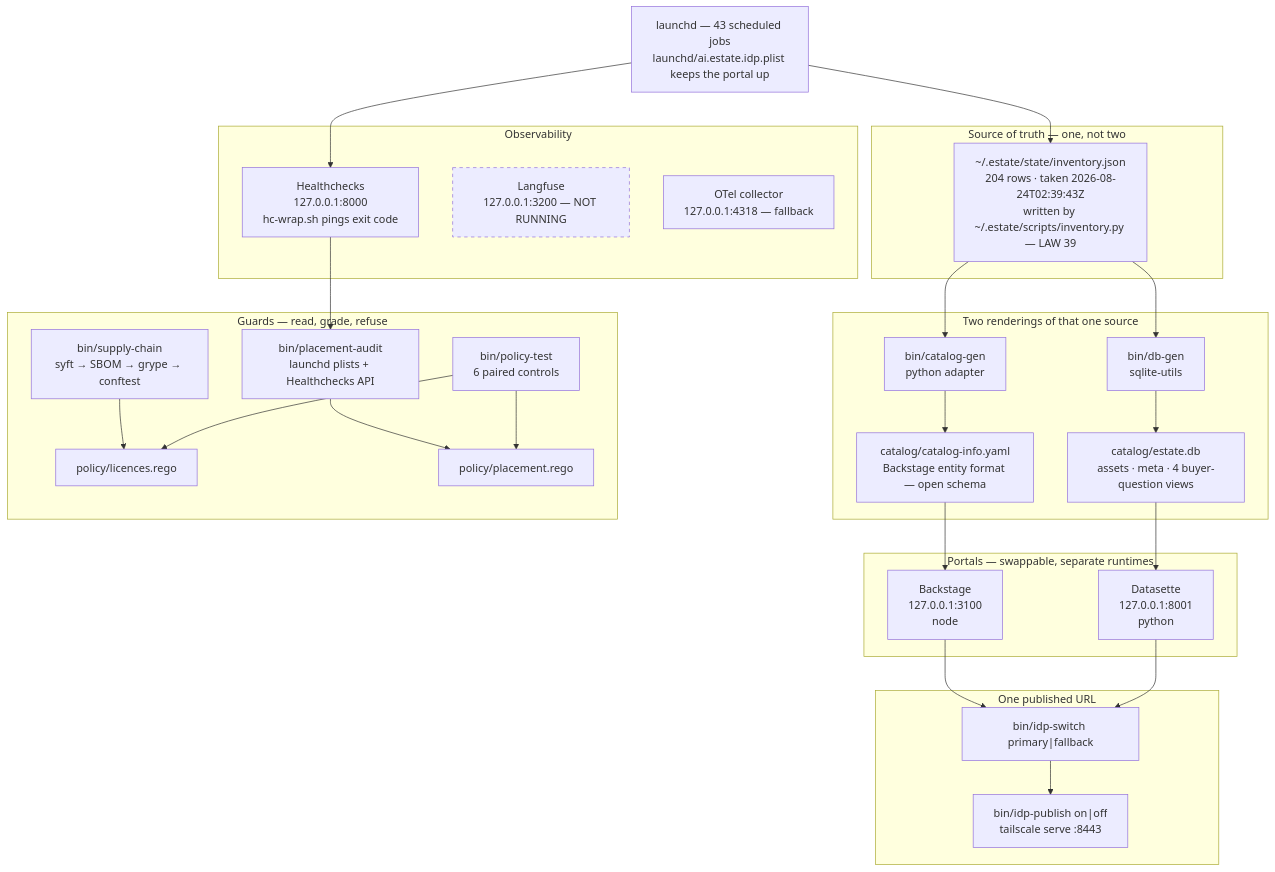
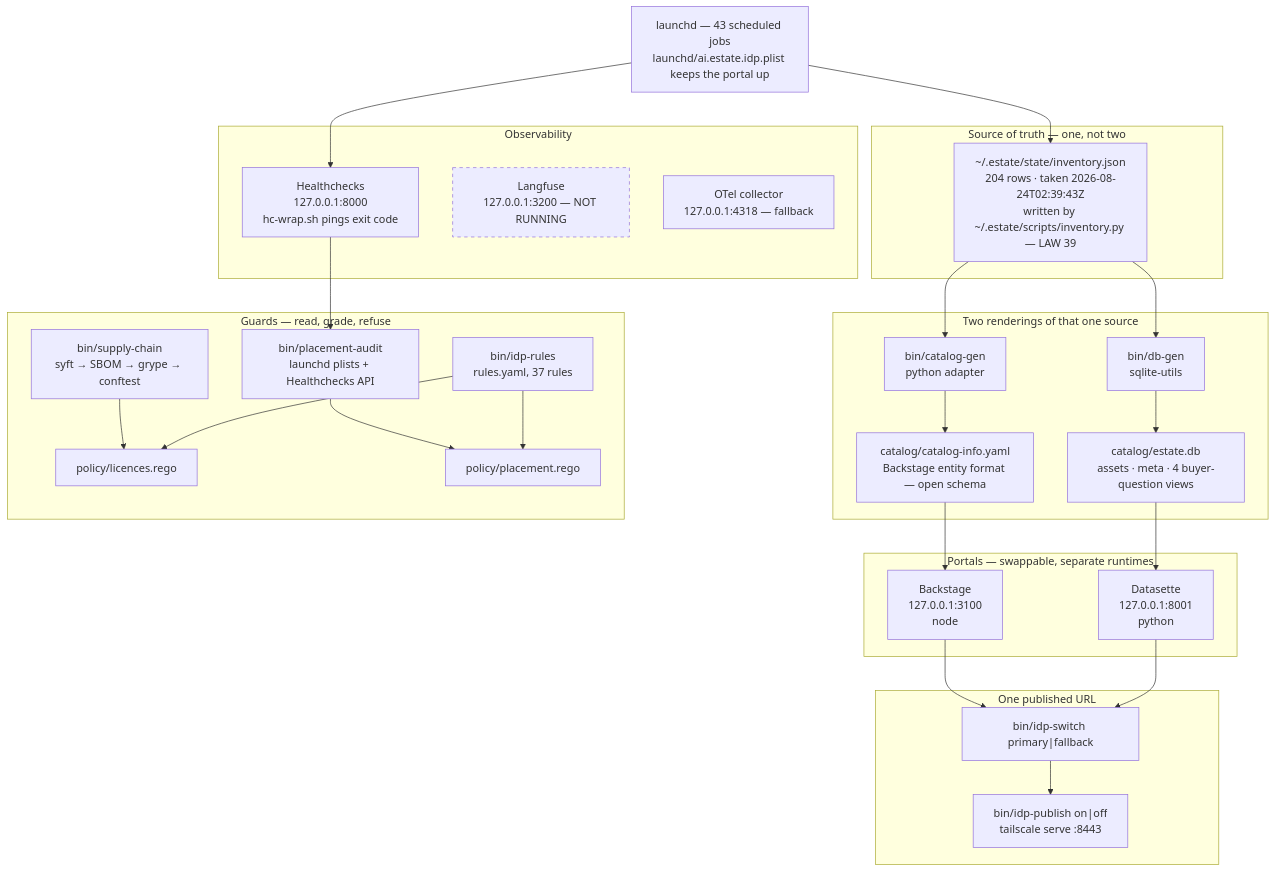
Before and after one commit to chidionyema/idp: the first of 3 diagrams in docs/explanation/architecture-overview.md, drawn with Mermaid. The commit also changed other lines of this file and 41 other files, not shown here.

````diff
--- a/docs/explanation/architecture-overview.md
+++ b/docs/explanation/architecture-overview.md
@@ -11,56 +11,56 @@
 ```mermaid
 flowchart TB
   subgraph SRC["Source of truth — one, not two"]
     INV["~/.estate/state/inventory.json<br/>204 rows · taken 2026-08-24T02:39:43Z<br/>written by ~/.estate/scripts/inventory.py — LAW 39"]
   end
 
   subgraph REND["Two renderings of that one source"]
     CG["bin/catalog-gen<br/>python adapter"]
     DG["bin/db-gen<br/>sqlite-utils"]
     YAML["catalog/catalog-info.yaml<br/>Backstage entity format — open schema"]
     DB["catalog/estate.db<br/>assets · meta · 4 buyer-question views"]
   end
 
   subgraph PORT["Portals — swappable, separate runtimes"]
     BS["Backstage<br/>127.0.0.1:3100<br/>node"]
     DS["Datasette<br/>127.0.0.1:8001<br/>python"]
   end
 
   subgraph EDGE["One published URL"]
     SW["bin/idp-switch primary|fallback"]
     PUB["bin/idp-publish on|off<br/>tailscale serve :8443"]
   end
 
   INV --> CG --> YAML --> BS
   INV --> DG --> DB --> DS
   BS --> SW
   DS --> SW
   SW --> PUB
 
   subgraph GUARD["Guards — read, grade, refuse"]
     SC["bin/supply-chain<br/>syft → SBOM → grype → conftest"]
     PA["bin/placement-audit<br/>launchd plists + Healthchecks API"]
-    PT["bin/policy-test<br/>6 paired controls"]
+    PT["bin/idp-rules<br/>rules.yaml, 37 rules"]
     LIC["policy/licences.rego"]
     PLC["policy/placement.rego"]
   end
 
   SC --> LIC
   PA --> PLC
   PT --> LIC
   PT --> PLC
 
   subgraph OBS["Observability"]
     HC["Healthchecks<br/>127.0.0.1:8000<br/>hc-wrap.sh pings exit code"]
     LF["Langfuse<br/>127.0.0.1:3200 — NOT RUNNING"]
     OT["OTel collector<br/>127.0.0.1:4318 — fallback"]
   end
 
   LD["launchd — 43 scheduled jobs<br/>launchd/ai.estate.idp.plist keeps the portal up"]
   LD --> HC
   LD --> INV
   HC --> PA
 
   classDef dead stroke-dasharray: 5 5
   class LF dead
 ```
````
